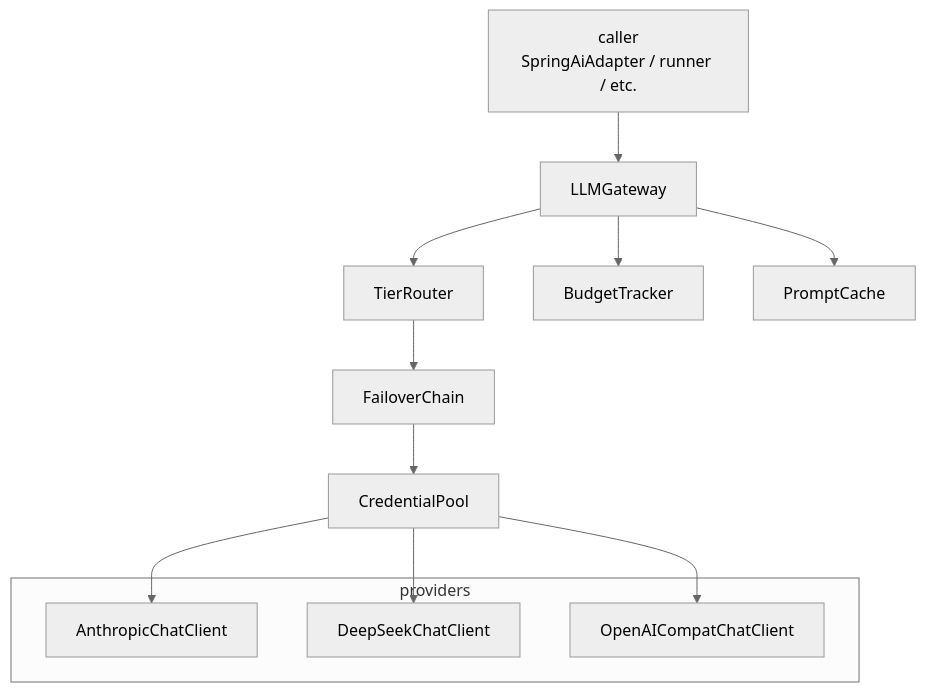
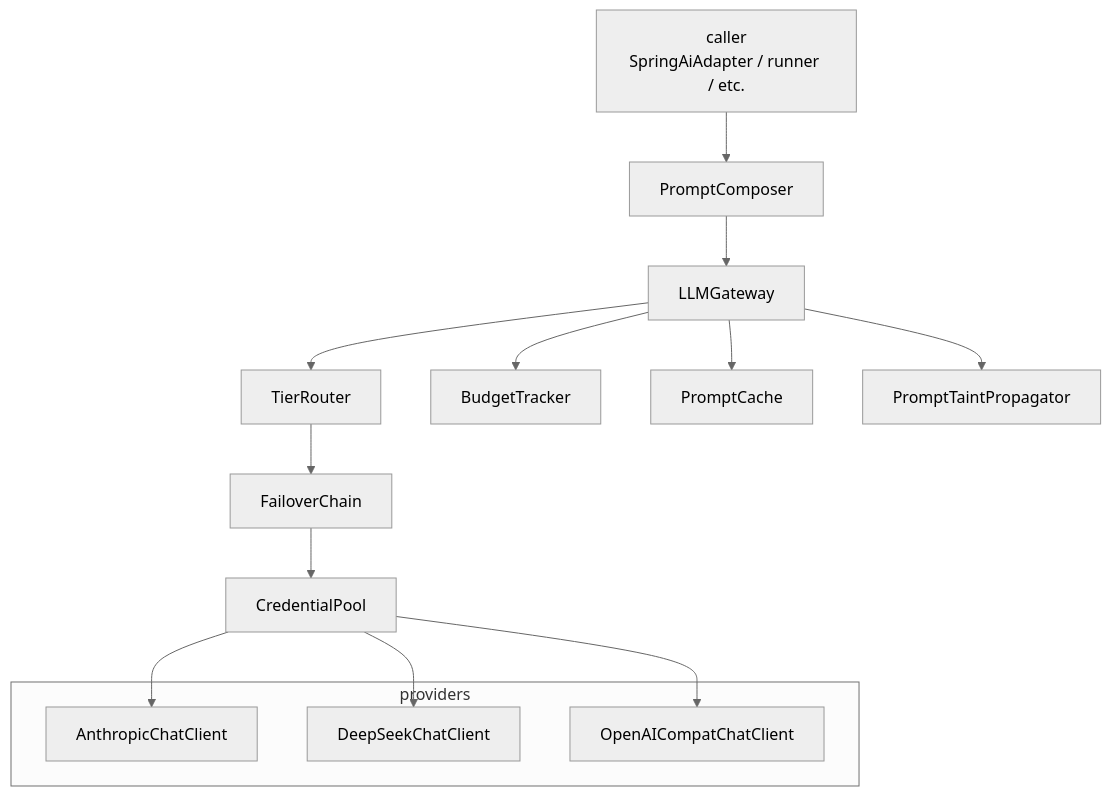
One commit to chaosxingxc-orion/spring-ai-fin changed the diagram in agent-runtime/llm/ARCHITECTURE.md. Above: the diagram before and after it, drawn with Mermaid (neutral theme). The commit also changed other lines of this file and 35 other files, not shown here.

````diff
--- a/agent-runtime/llm/ARCHITECTURE.md
+++ b/agent-runtime/llm/ARCHITECTURE.md
@@ -46,26 +52,30 @@
 ```mermaid
 flowchart TB
     CALLER[caller<br/>SpringAiAdapter / runner / etc.]
+    PC_BUILD[PromptComposer]
     LLMGW[LLMGateway]
     TR[TierRouter]
     FC[FailoverChain]
     CRED[CredentialPool]
     BT[BudgetTracker]
     PC[PromptCache]
-    
+    TAINT[PromptTaintPropagator]
+
     subgraph providers
         ANT[AnthropicChatClient]
         DS[DeepSeekChatClient]
         OAI[OpenAICompatChatClient]
     end
-    
-    CALLER --> LLMGW
+
+    CALLER --> PC_BUILD
+    PC_BUILD --> LLMGW
     LLMGW --> TR
     TR --> FC
     FC --> CRED
     CRED --> ANT
     CRED --> DS
     CRED --> OAI
     LLMGW --> BT
     LLMGW --> PC
+    LLMGW --> TAINT
 ```
````
